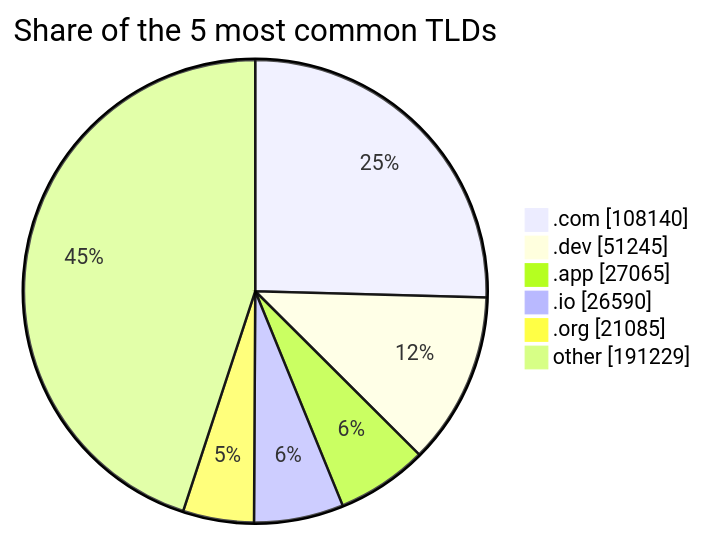
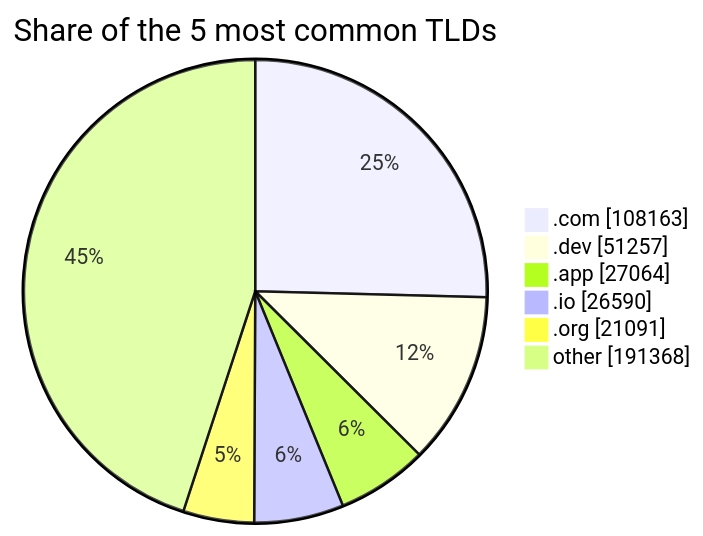
Before and after one commit to DNSBunker/CTI: the third of 3 diagrams in README.md, drawn with Mermaid. The commit also changed other lines of this file and 3 other files, not shown here.

````diff
--- a/README.md
+++ b/README.md
@@ -81,9 +81,9 @@
 ```mermaid
 pie showData title Share of the 5 most common TLDs
-    ".com" : 108140
-    ".dev" : 51245
-    ".app" : 27065
+    ".com" : 108163
+    ".dev" : 51257
+    ".app" : 27064
     ".io" : 26590
-    ".org" : 21085
-    "other" : 191229
+    ".org" : 21091
+    "other" : 191368
 ```
````
